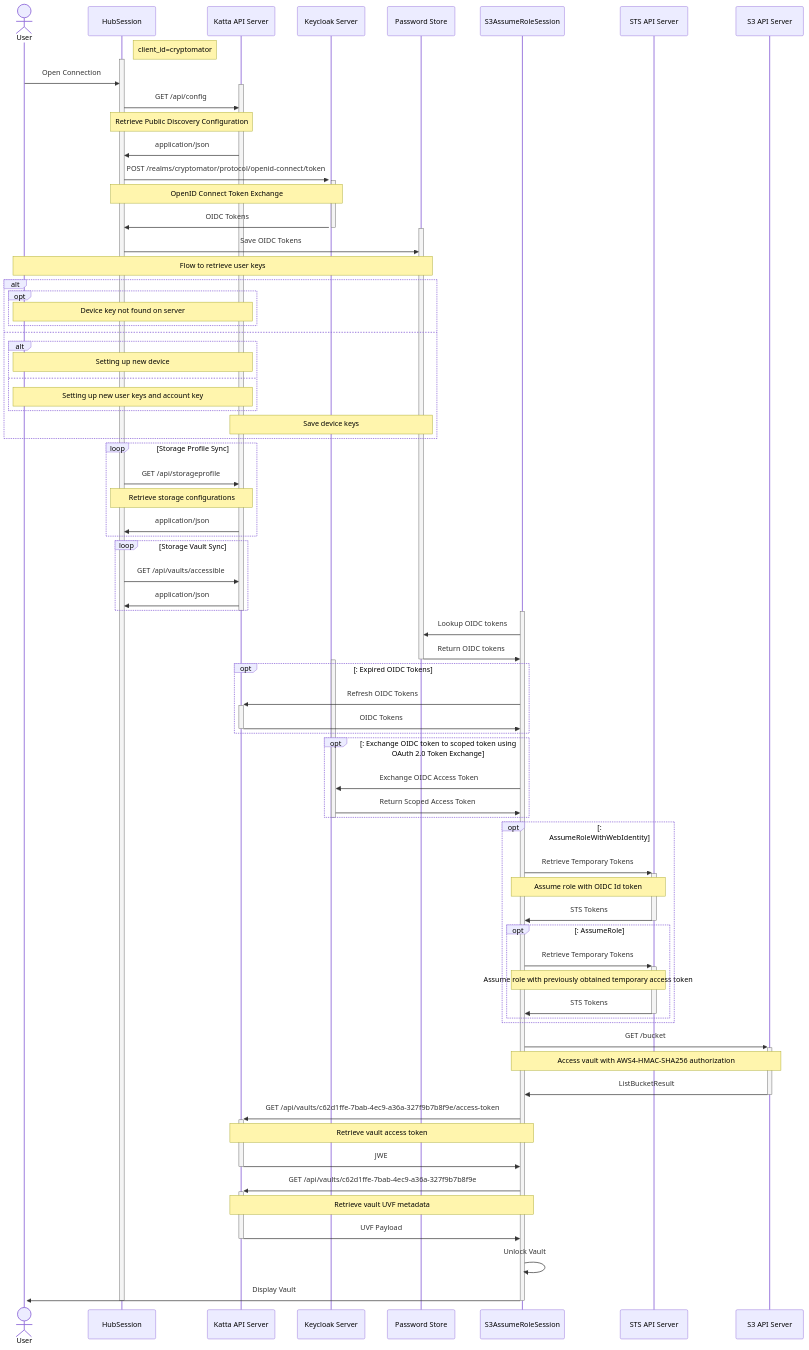
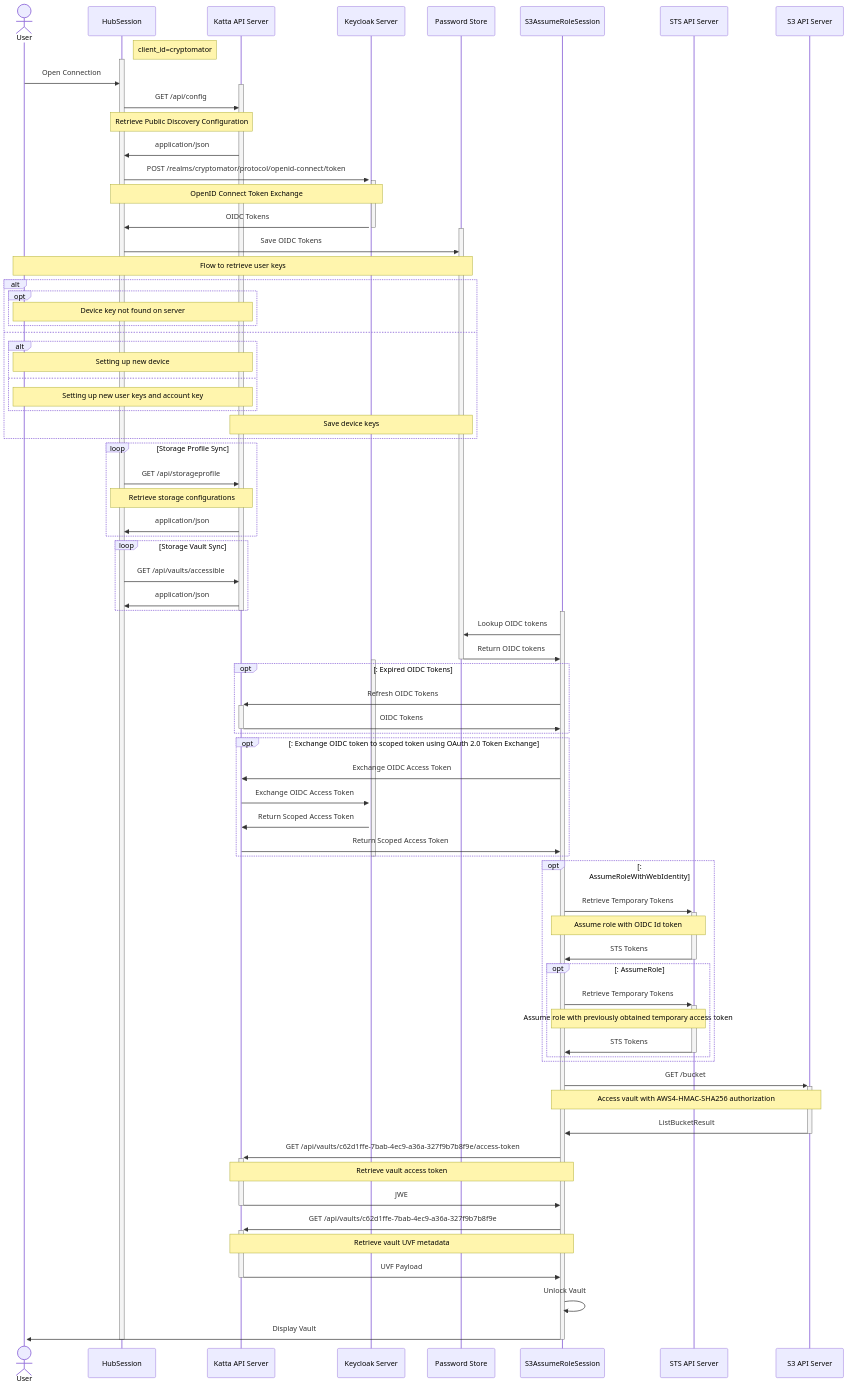
One commit to shift7-ch/katta-docs changed the second of 2 diagrams in 03_ARCHITECTURE.md. Above: the diagram before and after it, drawn with Mermaid.

Commit message:
docs: add token-exchange via API gateway.

```diff
--- a/03_ARCHITECTURE.md
+++ b/03_ARCHITECTURE.md
@@ -112,8 +112,10 @@
     end
 
     opt : Exchange OIDC token to scoped token using OAuth 2.0 Token Exchange
-        vault ->> keycloak: Exchange OIDC Access Token
-        keycloak ->> vault: Return Scoped Access Token
+        vault ->> katta: Exchange OIDC Access Token
+        katta ->> keycloak: Exchange OIDC Access Token
+        keycloak ->> katta: Return Scoped Access Token
+        katta ->> vault: Return Scoped Access Token
     end
     deactivate keycloak
 
```
